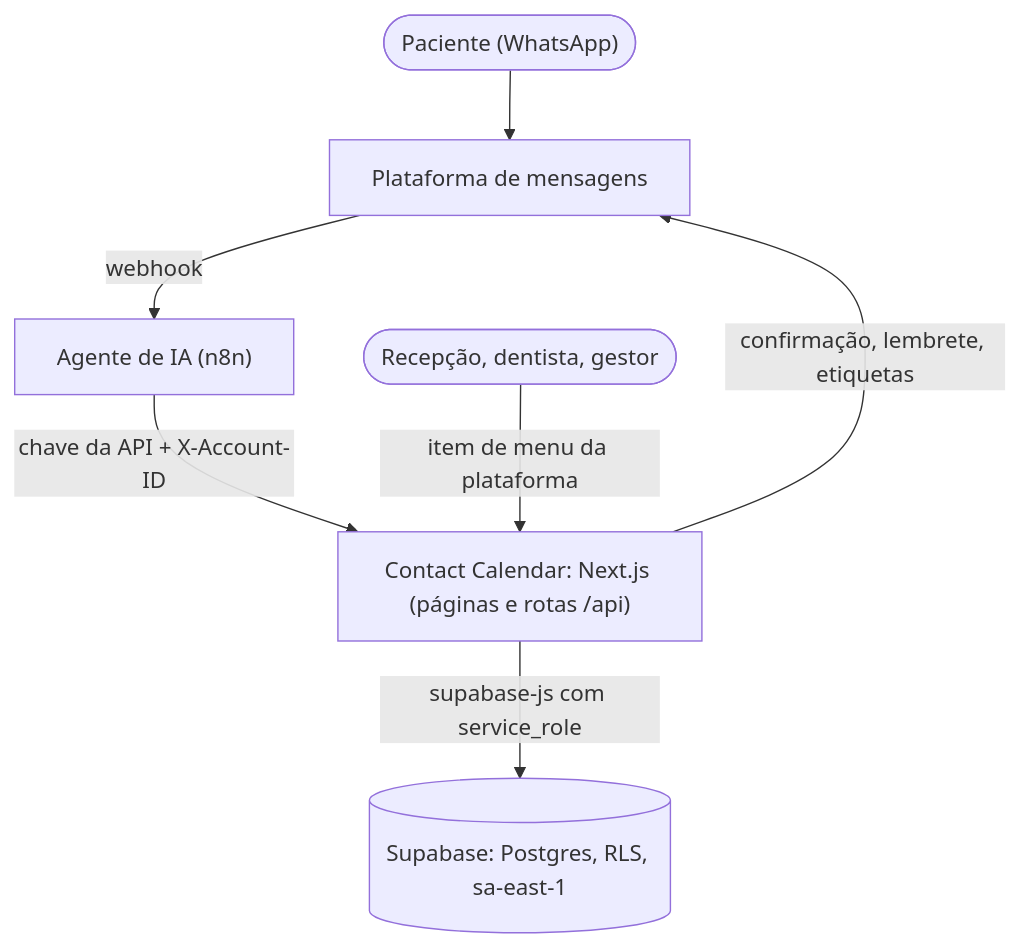
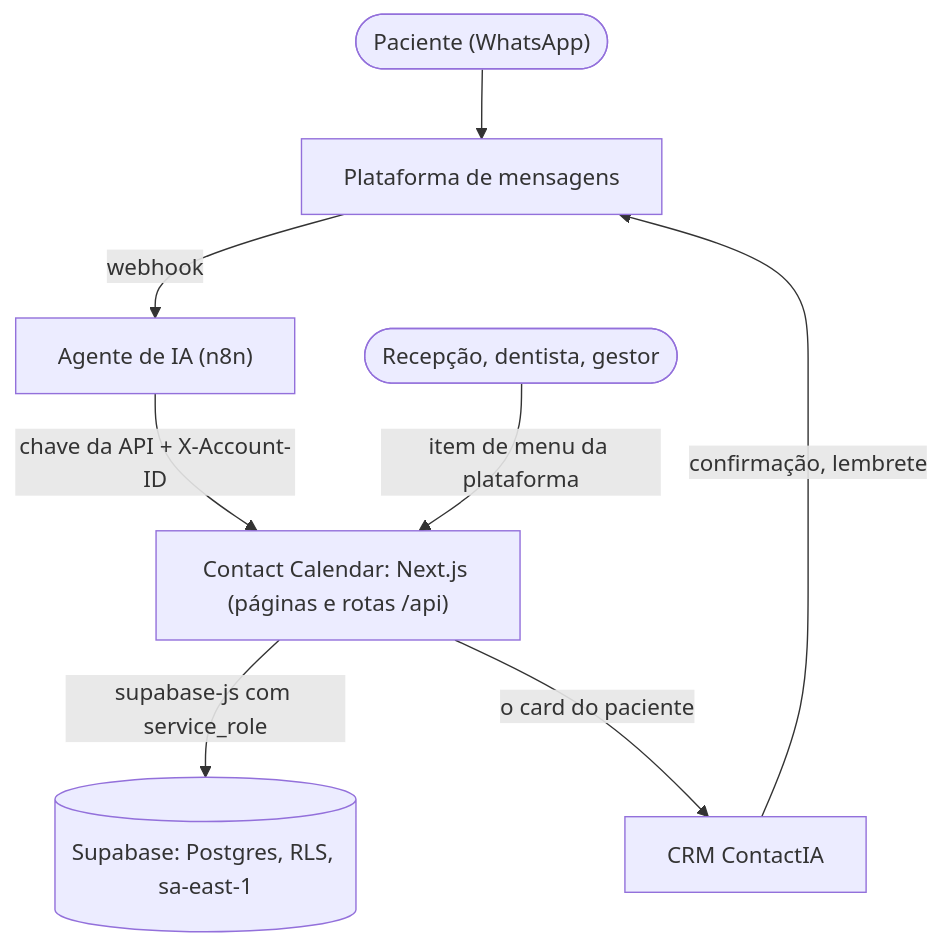
The diagram in README.md (contactIA/Contact-Calendar), drawn with Mermaid before and after one commit. The commit also changed other lines of this file and 24 other files, not shown here.

First line of the commit message:
feat(crm): a conversa com o paciente pelo CRM, e a agenda não manda mensagem (fase 7c)

````diff
--- a/README.md
+++ b/README.md
@@ -18,16 +18,17 @@
 ```mermaid
 flowchart TD
     P(["Paciente (WhatsApp)"])
     R(["Recepção, dentista, gestor"])
     H["Plataforma de mensagens"]
     AI["Agente de IA (n8n)"]
     API["Contact Calendar: Next.js (páginas e rotas /api)"]
     DB[("Supabase: Postgres, RLS, sa-east-1")]
 
     P --> H
     H -->|webhook| AI
     AI -->|chave da API + X-Account-ID| API
     R -->|item de menu da plataforma| API
     API -->|supabase-js com service_role| DB
-    API -->|confirmação, lembrete, etiquetas| H
+    API -->|o card do paciente| CRM["CRM ContactIA"]
+    CRM -->|confirmação, lembrete| H
 ```
````
